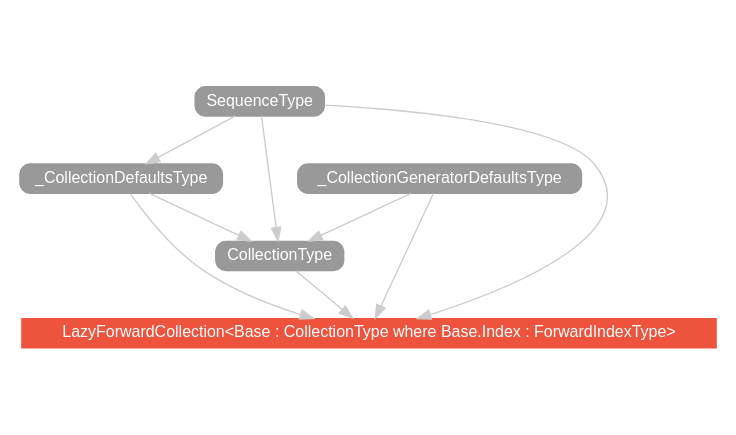
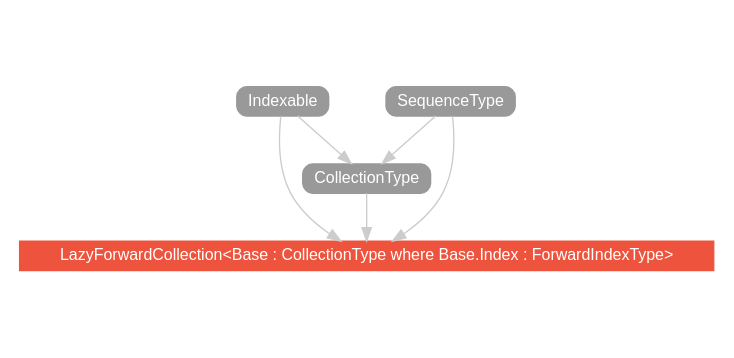
Before and after one commit to SwiftDoc/SwiftDoc.github.io: the diagram in swift-2/type/LazyForwardCollection/hierarchy/index.dot, drawn with Graphviz. The commit also changed 1118 other files, not shown here.

```diff
--- a/swift-2/type/LazyForwardCollection/hierarchy/index.dot
+++ b/swift-2/type/LazyForwardCollection/hierarchy/index.dot
@@ -1,21 +1,16 @@
 strict digraph "LazyForwardCollection<Base : CollectionType where Base.Index : ForwardIndexType> - Type Hierarchy - SwiftDoc.org" {
     pad="0.1,0.8"
     node [shape=box, style="filled,rounded", color="#999999", fillcolor="#999999", fontcolor=white, fontname=Helvetica, fontnames="Helvetica,sansserif", fontsize=12, margin="0.07,0.05", height="0.3"]
     edge [color="#cccccc"]
     "CollectionType" [URL="/protocol/CollectionType/"]
+    "Indexable" [URL="/protocol/Indexable/"]
     "LazyForwardCollection<Base : CollectionType where Base.Index : ForwardIndexType>" [URL="/type/LazyForwardCollection/", style="filled", fillcolor="#ee543d", color="#ee543d"]
-    "SequenceType" [URL="/protocol/SequenceType/"]
-    "_CollectionDefaultsType" [URL="/protocol/_CollectionDefaultsType/"]
-    "_CollectionGeneratorDefaultsType" [URL="/protocol/_CollectionGeneratorDefaultsType/"]    "CollectionType" -> "LazyForwardCollection<Base : CollectionType where Base.Index : ForwardIndexType>"
+    "SequenceType" [URL="/protocol/SequenceType/"]    "CollectionType" -> "LazyForwardCollection<Base : CollectionType where Base.Index : ForwardIndexType>"
+    "Indexable" -> "LazyForwardCollection<Base : CollectionType where Base.Index : ForwardIndexType>"
     "SequenceType" -> "LazyForwardCollection<Base : CollectionType where Base.Index : ForwardIndexType>"
-    "_CollectionDefaultsType" -> "LazyForwardCollection<Base : CollectionType where Base.Index : ForwardIndexType>"
-    "_CollectionGeneratorDefaultsType" -> "LazyForwardCollection<Base : CollectionType where Base.Index : ForwardIndexType>"
+    "Indexable" -> "CollectionType"
     "SequenceType" -> "CollectionType"
-    "_CollectionDefaultsType" -> "CollectionType"
-    "_CollectionGeneratorDefaultsType" -> "CollectionType"
-    "SequenceType" -> "_CollectionDefaultsType"
-    "SequenceType" -> "_CollectionDefaultsType"
     subgraph Types {
         rank = max; "LazyForwardCollection<Base : CollectionType where Base.Index : ForwardIndexType>";
     }
 }
```
